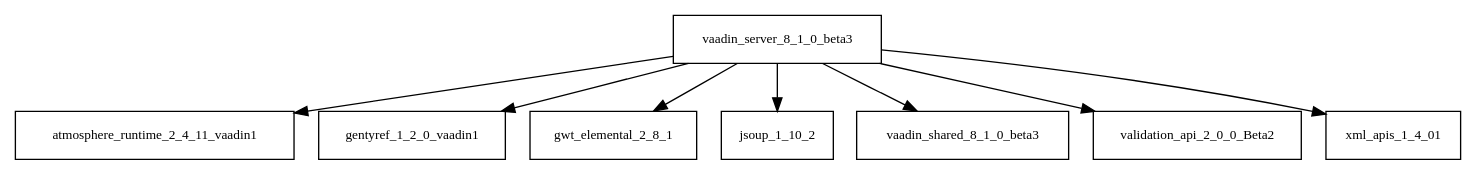
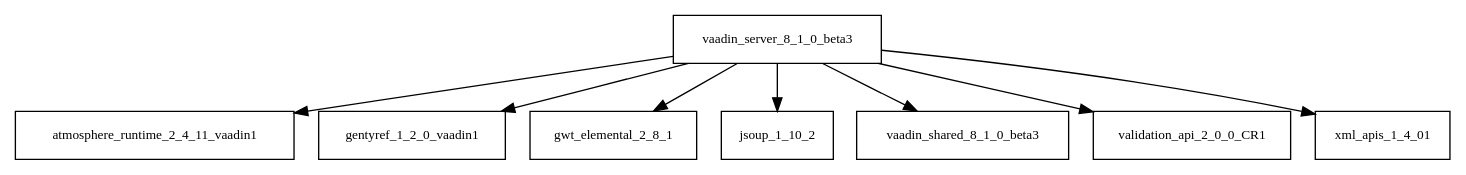
Before and after one commit to AglaianWoman/cia: the diagram in tattleTaleReport/graphviz/vaadin-server-8.1.0.beta3.jar/vaadin-server-8.1.0.beta3.jar.dot, drawn with Graphviz. The commit also changed 1179 other files, not shown here.

```diff
--- a/tattleTaleReport/graphviz/vaadin-server-8.1.0.beta3.jar/vaadin-server-8.1.0.beta3.jar.dot
+++ b/tattleTaleReport/graphviz/vaadin-server-8.1.0.beta3.jar/vaadin-server-8.1.0.beta3.jar.dot
@@ -1,10 +1,10 @@
 digraph vaadin_server_8_1_0_beta3_dependencies {
   node [shape = box, fontsize=10.0];
   vaadin_server_8_1_0_beta3 -> atmosphere_runtime_2_4_11_vaadin1;
   vaadin_server_8_1_0_beta3 -> gentyref_1_2_0_vaadin1;
   vaadin_server_8_1_0_beta3 -> gwt_elemental_2_8_1;
   vaadin_server_8_1_0_beta3 -> jsoup_1_10_2;
   vaadin_server_8_1_0_beta3 -> vaadin_shared_8_1_0_beta3;
-  vaadin_server_8_1_0_beta3 -> validation_api_2_0_0_Beta2;
+  vaadin_server_8_1_0_beta3 -> validation_api_2_0_0_CR1;
   vaadin_server_8_1_0_beta3 -> xml_apis_1_4_01;
 }
```
